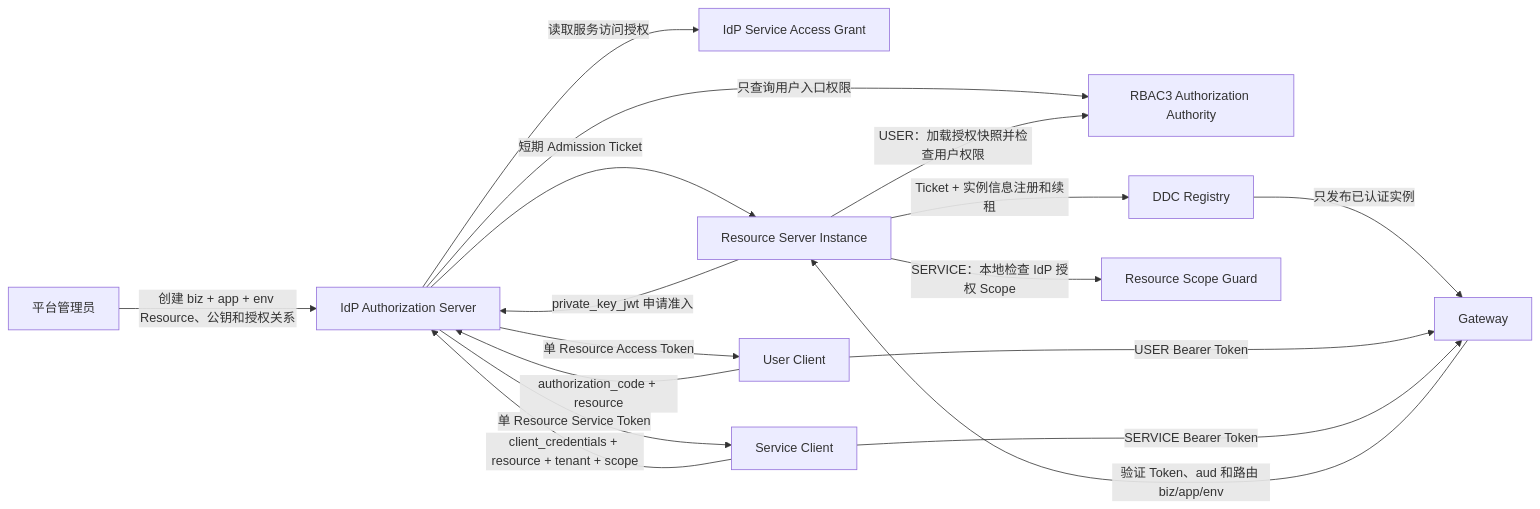
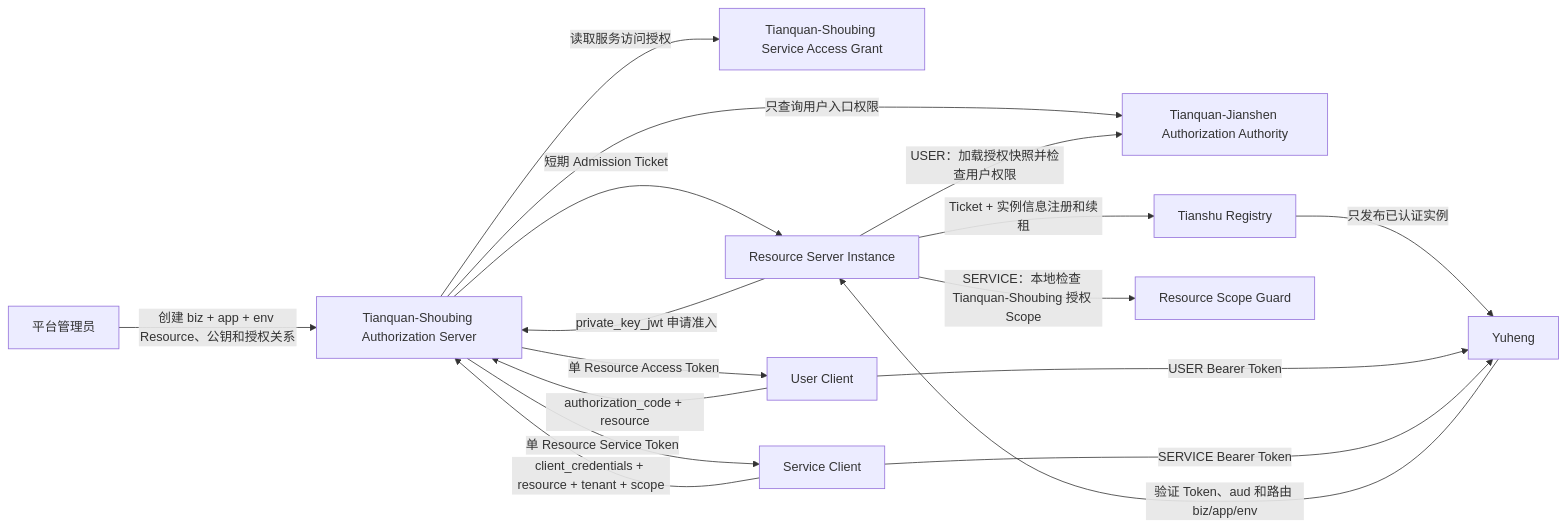
Before and after one commit to AllenDEricDAlexander/Egon-COLA: the first of 2 diagrams in docs/superpowers/specs/2026-08-10-oauth2-resource-server-admission-design.md, drawn with Mermaid. The commit also changed other lines of this file and 233 other files, not shown here.

````diff
--- a/docs/superpowers/specs/2026-08-10-oauth2-resource-server-admission-design.md
+++ b/docs/superpowers/specs/2026-08-10-oauth2-resource-server-admission-design.md
@@ -156,30 +156,30 @@
 ```mermaid
 flowchart LR
     Admin["平台管理员"]
-    IdP["IdP Authorization Server"]
-    RBAC3["RBAC3 Authorization Authority"]
-    ServiceGrant["IdP Service Access Grant"]
+    Tianquan-Shoubing["Tianquan-Shoubing Authorization Server"]
+    Tianquan-Jianshen["Tianquan-Jianshen Authorization Authority"]
+    ServiceGrant["Tianquan-Shoubing Service Access Grant"]
     Service["Resource Server Instance"]
-    DDC["DDC Registry"]
-    Gateway["Gateway"]
+    Tianshu["Tianshu Registry"]
+    Yuheng["Yuheng"]
     UserClient["User Client"]
     ServiceClient["Service Client"]
     ScopeGuard["Resource Scope Guard"]
 
-    Admin -->|"创建 biz + app + env Resource、公钥和授权关系"| IdP
-    Service -->|"private_key_jwt 申请准入"| IdP
-    IdP -->|"短期 Admission Ticket"| Service
-    Service -->|"Ticket + 实例信息注册和续租"| DDC
-    DDC -->|"只发布已认证实例"| Gateway
-    UserClient -->|"authorization_code + resource"| IdP
-    IdP -->|"只查询用户入口权限"| RBAC3
-    ServiceClient -->|"client_credentials + resource + tenant + scope"| IdP
-    IdP -->|"读取服务访问授权"| ServiceGrant
-    IdP -->|"单 Resource Access Token"| UserClient
-    IdP -->|"单 Resource Service Token"| ServiceClient
-    UserClient -->|"USER Bearer Token"| Gateway
-    ServiceClient -->|"SERVICE Bearer Token"| Gateway
-    Gateway -->|"验证 Token、aud 和路由 biz/app/env"| Service
-    Service -->|"USER：加载授权快照并检查用户权限"| RBAC3
-    Service -->|"SERVICE：本地检查 IdP 授权 Scope"| ScopeGuard
+    Admin -->|"创建 biz + app + env Resource、公钥和授权关系"| Tianquan-Shoubing
+    Service -->|"private_key_jwt 申请准入"| Tianquan-Shoubing
+    Tianquan-Shoubing -->|"短期 Admission Ticket"| Service
+    Service -->|"Ticket + 实例信息注册和续租"| Tianshu
+    Tianshu -->|"只发布已认证实例"| Yuheng
+    UserClient -->|"authorization_code + resource"| Tianquan-Shoubing
+    Tianquan-Shoubing -->|"只查询用户入口权限"| Tianquan-Jianshen
+    ServiceClient -->|"client_credentials + resource + tenant + scope"| Tianquan-Shoubing
+    Tianquan-Shoubing -->|"读取服务访问授权"| ServiceGrant
+    Tianquan-Shoubing -->|"单 Resource Access Token"| UserClient
+    Tianquan-Shoubing -->|"单 Resource Service Token"| ServiceClient
+    UserClient -->|"USER Bearer Token"| Yuheng
+    ServiceClient -->|"SERVICE Bearer Token"| Yuheng
+    Yuheng -->|"验证 Token、aud 和路由 biz/app/env"| Service
+    Service -->|"USER：加载授权快照并检查用户权限"| Tianquan-Jianshen
+    Service -->|"SERVICE：本地检查 Tianquan-Shoubing 授权 Scope"| ScopeGuard
 ```
````
